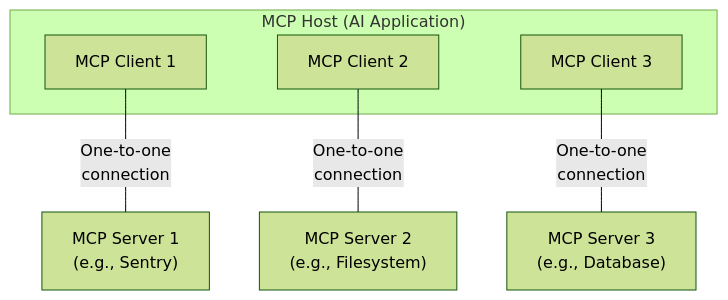
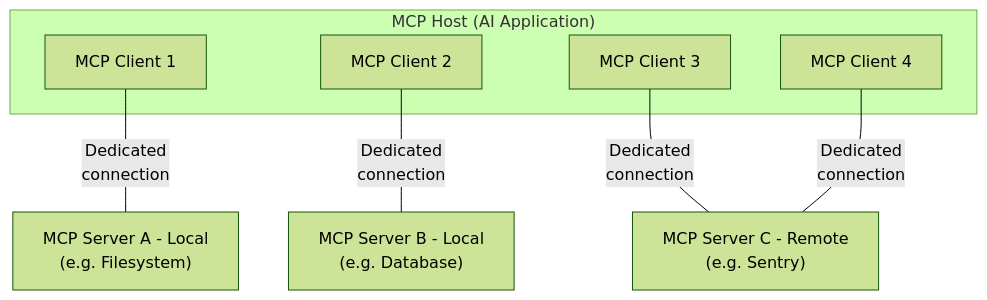
Before and after one commit to roboalchemist/llm-code-docs: the diagram in docs/llms-txt/mcp/architecture.md, drawn with Mermaid (forest theme). The commit also changed other lines of this file and 27893 other files, not shown here.

````diff
--- a/docs/llms-txt/mcp/architecture.md
+++ b/docs/llms-txt/mcp/architecture.md
@@ -41,16 +46,18 @@
 ```mermaid  theme={null}
 graph TB
     subgraph "MCP Host (AI Application)"
         Client1["MCP Client 1"]
         Client2["MCP Client 2"]
         Client3["MCP Client 3"]
+        Client4["MCP Client 4"]
     end
 
-    Server1["MCP Server 1<br/>(e.g., Sentry)"]
-    Server2["MCP Server 2<br/>(e.g., Filesystem)"]
-    Server3["MCP Server 3<br/>(e.g., Database)"]
+    ServerA["MCP Server A - Local<br/>(e.g. Filesystem)"]
+    ServerB["MCP Server B - Local<br/>(e.g. Database)"]
+    ServerC["MCP Server C - Remote<br/>(e.g. Sentry)"]
 
-    Client1 ---|"One-to-one<br/>connection"| Server1
-    Client2 ---|"One-to-one<br/>connection"| Server2
-    Client3 ---|"One-to-one<br/>connection"| Server3
+    Client1 ---|"Dedicated<br/>connection"| ServerA
+    Client2 ---|"Dedicated<br/>connection"| ServerB
+    Client3 ---|"Dedicated<br/>connection"| ServerC
+    Client4 ---|"Dedicated<br/>connection"| ServerC
 ```
````
